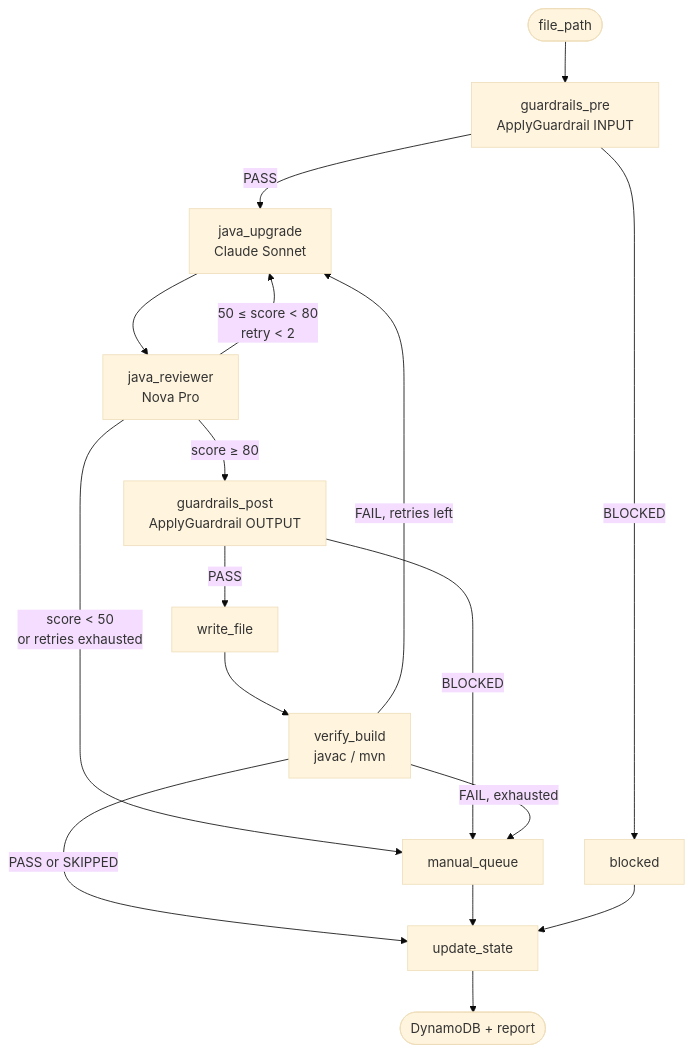
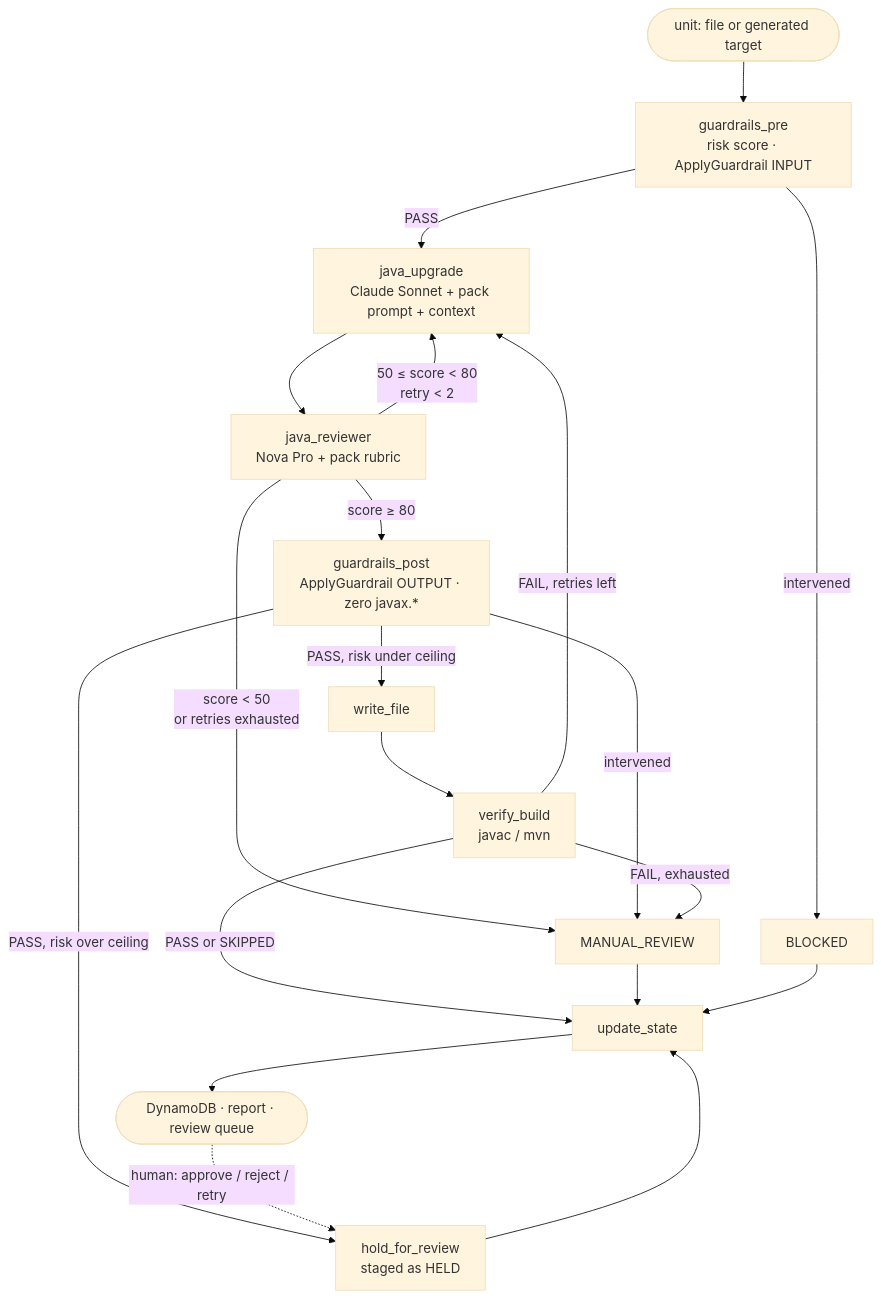
Before and after one commit to anche-raja/forge-platform: the second of 2 diagrams in README.md, drawn with Mermaid (base theme). The commit also changed other lines of this file and 3 other files, not shown here.

````diff
--- a/README.md
+++ b/README.md
@@ -54,19 +66,22 @@
 ```mermaid
 flowchart TD
-    S([file_path]) --> PRE[guardrails_pre<br/>ApplyGuardrail INPUT]
-    PRE -->|PASS| UPGRADE[java_upgrade<br/>Claude Sonnet]
-    PRE -->|BLOCKED| BLK[blocked]
-    UPGRADE --> REV[java_reviewer<br/>Nova Pro]
-    REV -->|score ≥ 80| POST[guardrails_post<br/>ApplyGuardrail OUTPUT]
+    S(["unit: file or generated target"]) --> PRE[guardrails_pre<br/>risk score · ApplyGuardrail INPUT]
+    PRE -->|PASS| UPGRADE[java_upgrade<br/>Claude Sonnet + pack prompt + context]
+    PRE -->|intervened| BLK[BLOCKED]
+    UPGRADE --> REV[java_reviewer<br/>Nova Pro + pack rubric]
+    REV -->|score ≥ 80| POST[guardrails_post<br/>ApplyGuardrail OUTPUT · zero javax.*]
     REV -->|50 ≤ score < 80<br/>retry < 2| UPGRADE
-    REV -->|score < 50<br/>or retries exhausted| MQ[manual_queue]
-    POST -->|PASS| WRITE[write_file]
-    POST -->|BLOCKED| MQ
+    REV -->|score < 50<br/>or retries exhausted| MQ[MANUAL_REVIEW]
+    POST -->|PASS, risk under ceiling| WRITE[write_file]
+    POST -->|PASS, risk over ceiling| HOLD[hold_for_review<br/>staged as HELD]
+    POST -->|intervened| MQ
     WRITE --> VB[verify_build<br/>javac / mvn]
     VB -->|PASS or SKIPPED| UPD[update_state]
     VB -->|FAIL, retries left| UPGRADE
     VB -->|FAIL, exhausted| MQ
+    HOLD --> UPD
     MQ --> UPD
     BLK --> UPD
-    UPD --> E([DynamoDB + report])
+    UPD --> E(["DynamoDB · report · review queue"])
+    E -.->|human: approve / reject / retry| HOLD
 ```
````
